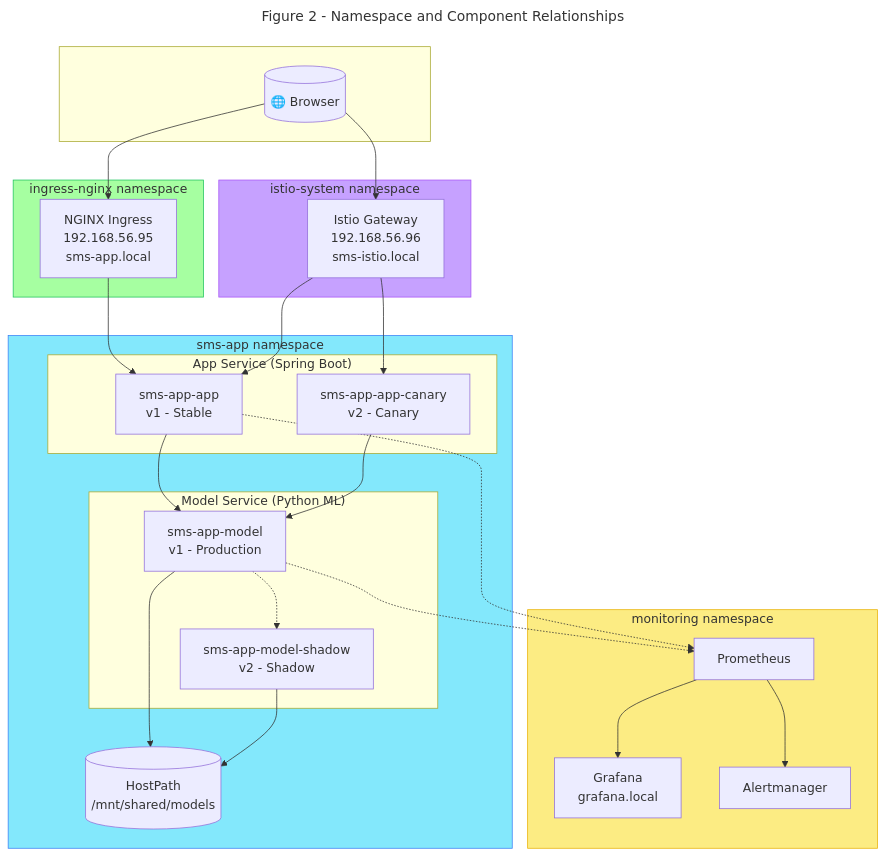
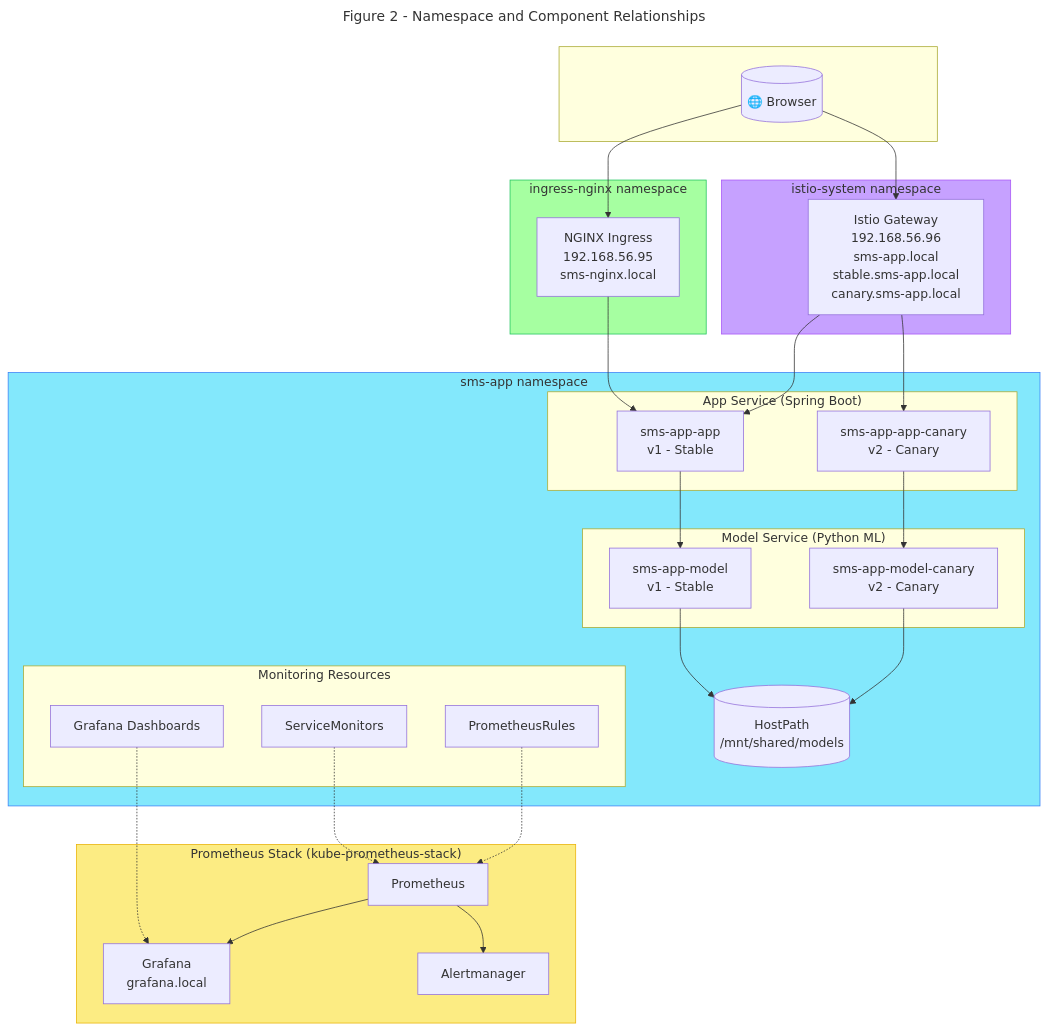
One commit to doda2025-team17/operation changed the second of 4 diagrams in docs/deployment.md. Above: the diagram before and after it, drawn with Mermaid. The commit also changed other lines of this file and 4 other files, not shown here.

````diff
--- a/docs/deployment.md
+++ b/docs/deployment.md
@@ -189,55 +196,60 @@
 ```mermaid
 ---
 title: Figure 2 - Namespace and Component Relationships
 ---
 flowchart TB
     subgraph external[" "]
         Browser[("🌐 Browser")]
     end
 
     subgraph ingress-nginx["ingress-nginx namespace"]
-        NGINX["NGINX Ingress<br/>192.168.56.95<br/>sms-app.local"]
+        NGINX["NGINX Ingress<br/>192.168.56.95<br/>sms-nginx.local"]
     end
 
     subgraph istio-system["istio-system namespace"]
-        IstioGW["Istio Gateway<br/>192.168.56.96<br/>sms-istio.local"]
+        IstioGW["Istio Gateway<br/>192.168.56.96<br/>sms-app.local<br/>stable.sms-app.local<br/>canary.sms-app.local"]
     end
 
     subgraph sms-app["sms-app namespace"]
         subgraph app["App Service (Spring Boot)"]
             AppV1["sms-app-app<br/>v1 - Stable"]
             AppV2["sms-app-app-canary<br/>v2 - Canary"]
         end
         subgraph model["Model Service (Python ML)"]
-            ModelV1["sms-app-model<br/>v1 - Production"]
-            ModelV2["sms-app-model-shadow<br/>v2 - Shadow"]
+            ModelV1["sms-app-model<br/>v1 - Stable"]
+            ModelV2["sms-app-model-canary<br/>v2 - Canary"]
         end
         Storage[("HostPath<br/>/mnt/shared/models")]
+        subgraph monitoring-resources["Monitoring Resources"]
+            SM["ServiceMonitors"]
+            PR["PrometheusRules"]
+            GD["Grafana Dashboards"]
+        end
     end
 
-    subgraph monitoring["monitoring namespace"]
+    subgraph prom-ns["Prometheus Stack (kube-prometheus-stack)"]
         Prometheus["Prometheus"]
         Grafana["Grafana<br/>grafana.local"]
         Alertmanager["Alertmanager"]
     end
 
     Browser --> NGINX
     Browser --> IstioGW
     NGINX --> AppV1
     IstioGW --> AppV1
     IstioGW --> AppV2
     AppV1 --> ModelV1
-    AppV2 --> ModelV1
-    ModelV1 -.-> ModelV2
+    AppV2 --> ModelV2
     ModelV1 --> Storage
     ModelV2 --> Storage
-    AppV1 -.-> Prometheus
-    ModelV1 -.-> Prometheus
+    SM -.-> Prometheus
+    PR -.-> Prometheus
+    GD -.-> Grafana
     Prometheus --> Grafana
     Prometheus --> Alertmanager
 
     style ingress-nginx fill:#a6ffa1,stroke:#22c55e
     style istio-system fill:#c6a1ff,stroke:#a855f7
     style sms-app fill:#83e8fc,stroke:#3b82f6
-    style monitoring fill:#fcec83,stroke:#eab308
+    style prom-ns fill:#fcec83,stroke:#eab308
 ```
````
